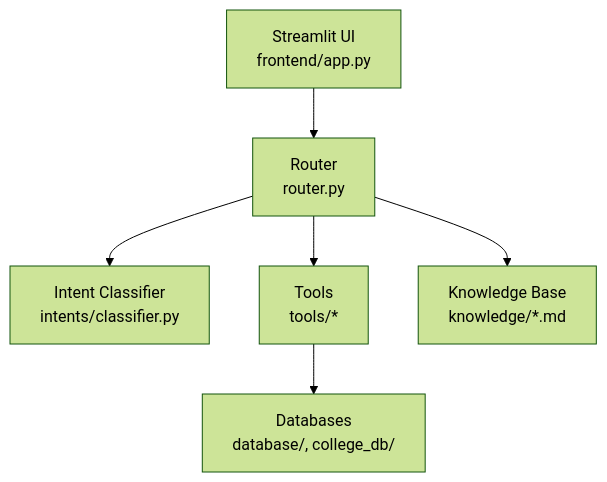
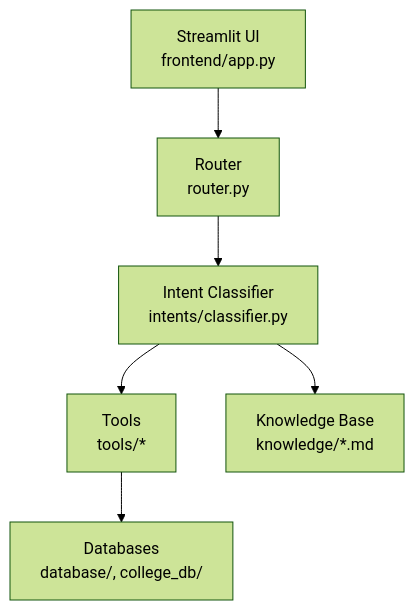
The first of 2 diagrams in report.md (mondisailokesh/college-helpdesk-ai), drawn with Mermaid (forest theme) before and after one commit. The commit also changed other lines of this file, not shown here.

Commit message:
Refactor routing and intent flow in report.md
Updated flowchart and architecture diagram to reflect changes in routing and intent handling.

````diff
--- a/report.md
+++ b/report.md
@@ -28,15 +28,15 @@
 ```mermaid
 flowchart TD
     UI[Streamlit UI<br/>frontend/app.py]
     Router[Router<br/>router.py]
     Intent[Intent Classifier<br/>intents/classifier.py]
     Tools[Tools<br/>tools/*]
     Knowledge[Knowledge Base<br/>knowledge/*.md]
     Database[Databases<br/>database/, college_db/]
 
     UI --> Router
     Router --> Intent
-    Router --> Tools
-    Router --> Knowledge
+    Intent --> Tools
+    Intent --> Knowledge
     Tools --> Database
 ```
````
